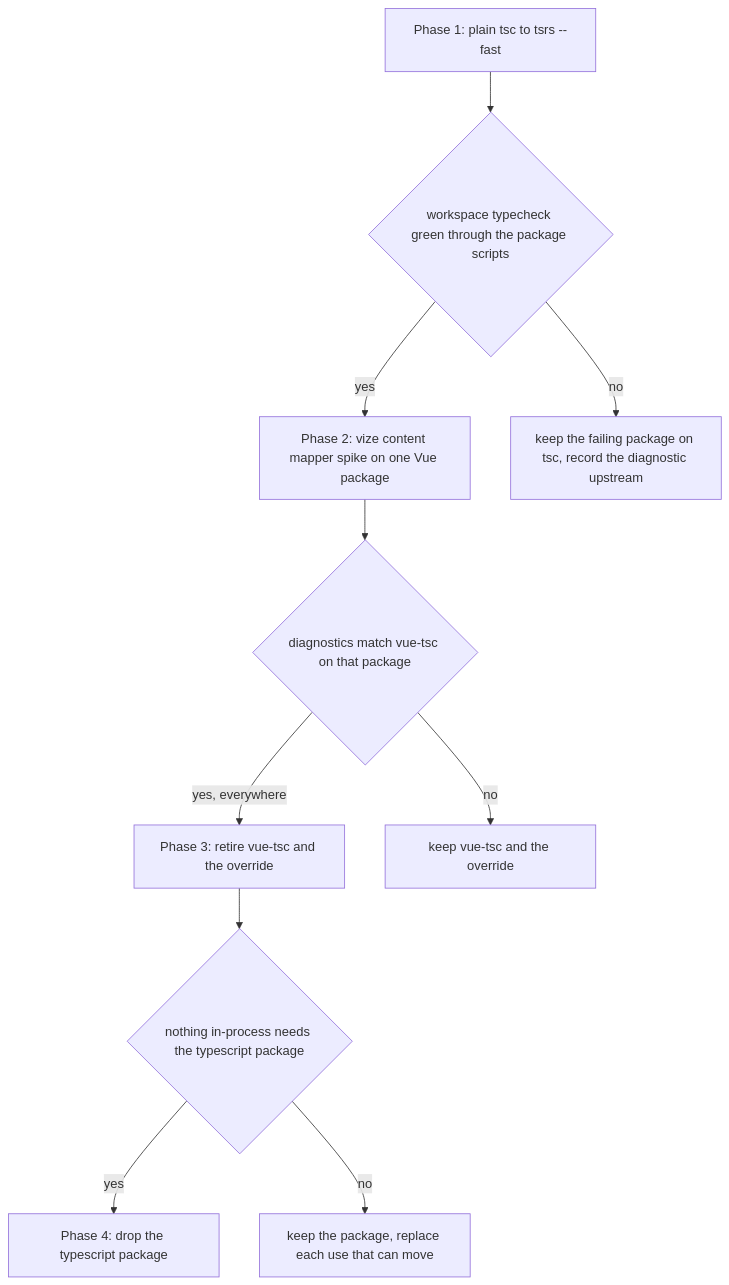
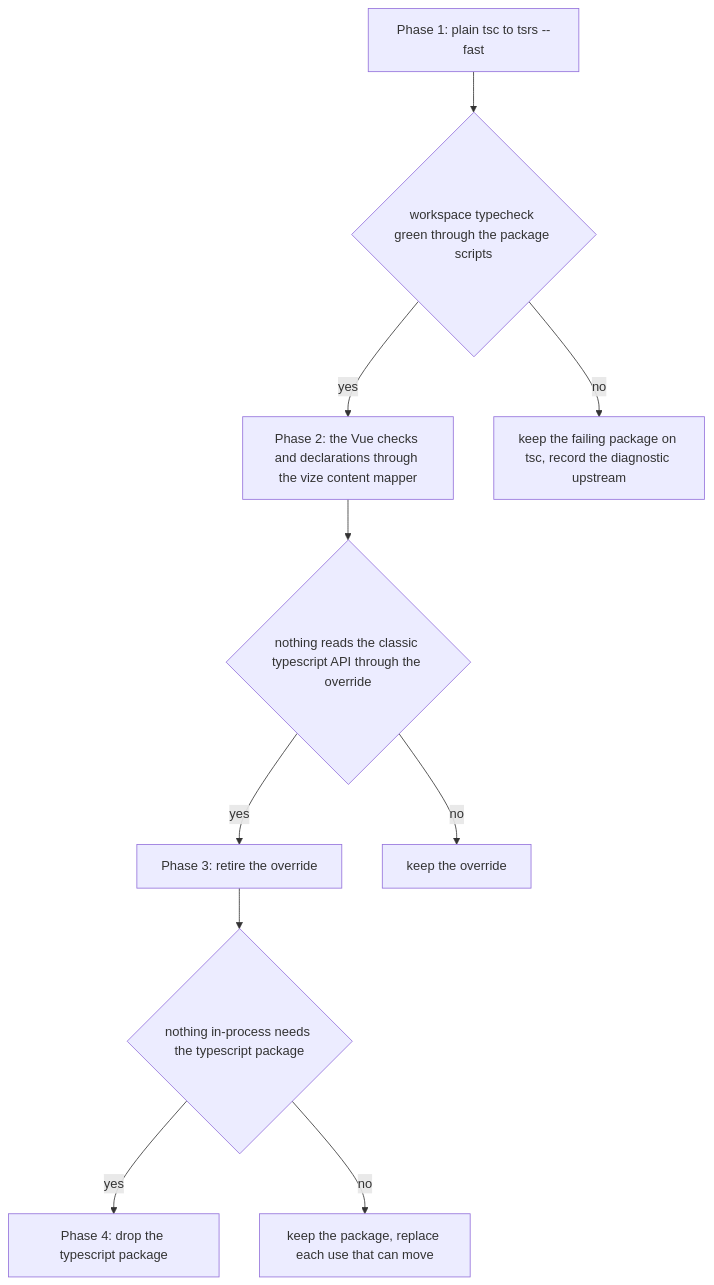
One commit to Esposter/Esposter changed the diagram in openspec/changes/architecture-rust-typescript-toolchain/design.md. Above: the diagram before and after it, drawn with Mermaid. The commit also changed other lines of this file and 39 other files, not shown here.

````diff
--- a/openspec/changes/architecture-rust-typescript-toolchain/design.md
+++ b/openspec/changes/architecture-rust-typescript-toolchain/design.md
@@ -41,12 +41,12 @@
 ```mermaid
 flowchart TD
   P1["Phase 1: plain tsc to tsrs --fast"] --> G1{"workspace typecheck green through the package scripts"}
-  G1 -->|"yes"| P2["Phase 2: vize content mapper spike on one Vue package"]
+  G1 -->|"yes"| P2["Phase 2: the Vue checks and declarations through the vize content mapper"]
   G1 -->|"no"| R1["keep the failing package on tsc, record the diagnostic upstream"]
-  P2 --> G2{"diagnostics match vue-tsc on that package"}
-  G2 -->|"yes, everywhere"| P3["Phase 3: retire vue-tsc and the override"]
-  G2 -->|"no"| KEEP["keep vue-tsc and the override"]
+  P2 --> G2{"nothing reads the classic typescript API through the override"}
+  G2 -->|"yes"| P3["Phase 3: retire the override"]
+  G2 -->|"no"| KEEP["keep the override"]
   P3 --> G3{"nothing in-process needs the typescript package"}
   G3 -->|"yes"| P4["Phase 4: drop the typescript package"]
   G3 -->|"no"| KEEP2["keep the package, replace each use that can move"]
 ```
````
